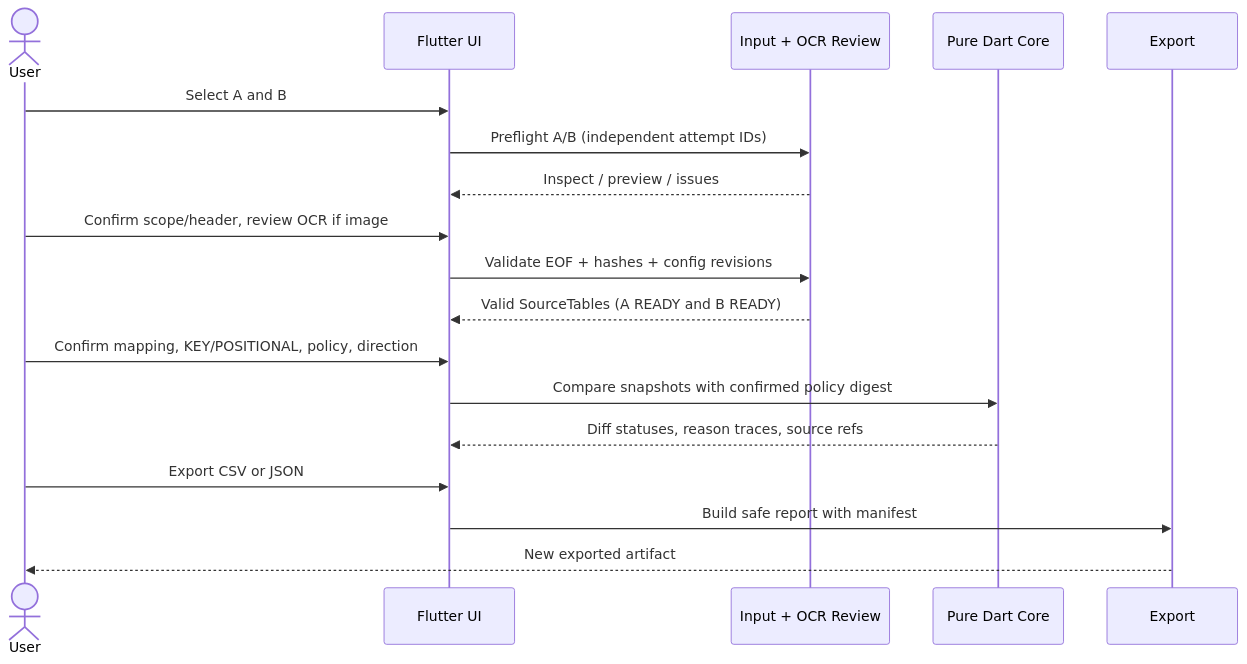
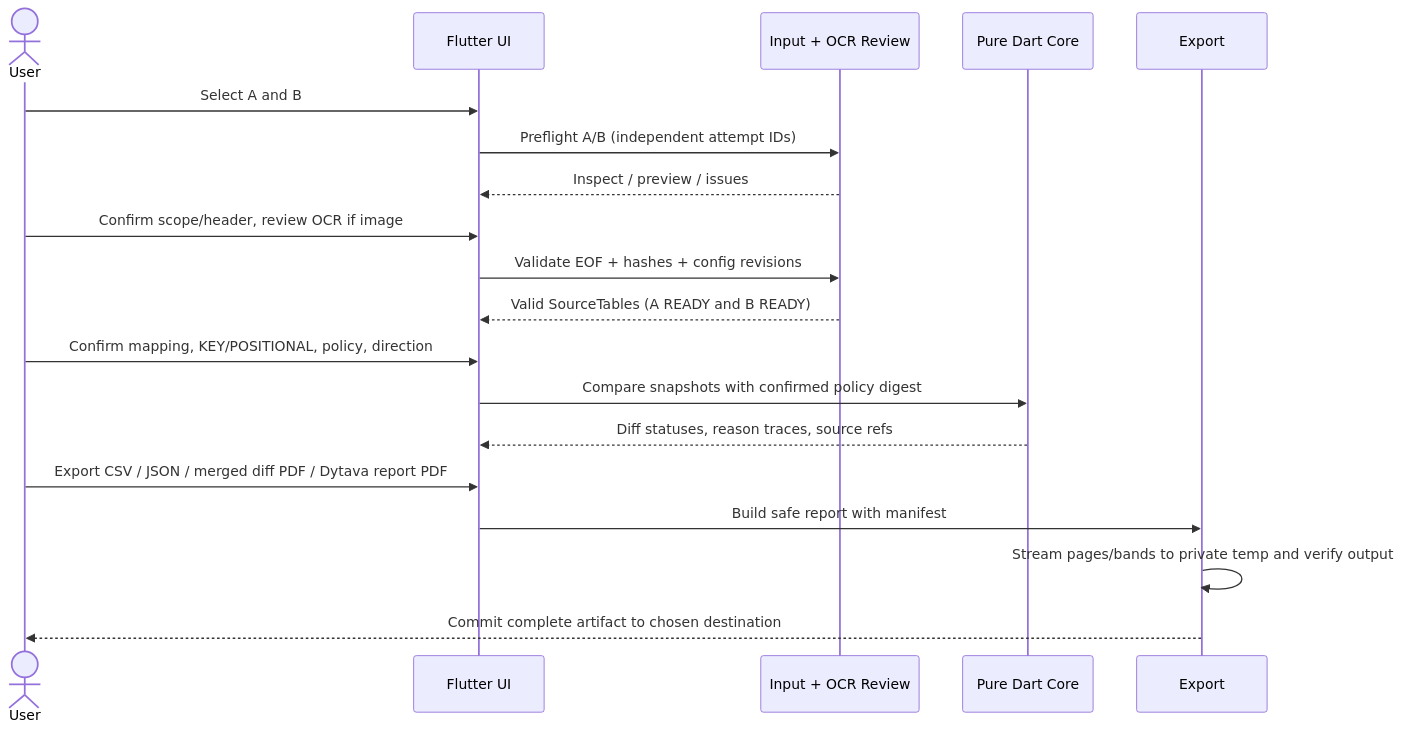
Before and after one commit to nmtrucworking/dytava: the second of 2 diagrams in docs-dytava/architecture/ARCHITECTURE.md, drawn with Mermaid. The commit also changed other lines of this file and 141 other files, not shown here.

````diff
--- a/docs-dytava/architecture/ARCHITECTURE.md
+++ b/docs-dytava/architecture/ARCHITECTURE.md
@@ -60,20 +62,21 @@
 ```mermaid
 sequenceDiagram
     actor User
     participant UI as Flutter UI
     participant Input as Input + OCR Review
     participant Core as Pure Dart Core
     participant Exp as Export
     User->>UI: Select A and B
     UI->>Input: Preflight A/B (independent attempt IDs)
     Input-->>UI: Inspect / preview / issues
     User->>UI: Confirm scope/header, review OCR if image
     UI->>Input: Validate EOF + hashes + config revisions
     Input-->>UI: Valid SourceTables (A READY and B READY)
     User->>UI: Confirm mapping, KEY/POSITIONAL, policy, direction
     UI->>Core: Compare snapshots with confirmed policy digest
     Core-->>UI: Diff statuses, reason traces, source refs
-    User->>UI: Export CSV or JSON
+    User->>UI: Export CSV / JSON / merged diff PDF / Dytava report PDF
     UI->>Exp: Build safe report with manifest
-    Exp-->>User: New exported artifact
+    Exp->>Exp: Stream pages/bands to private temp and verify output
+    Exp-->>User: Commit complete artifact to chosen destination
 ```
````
